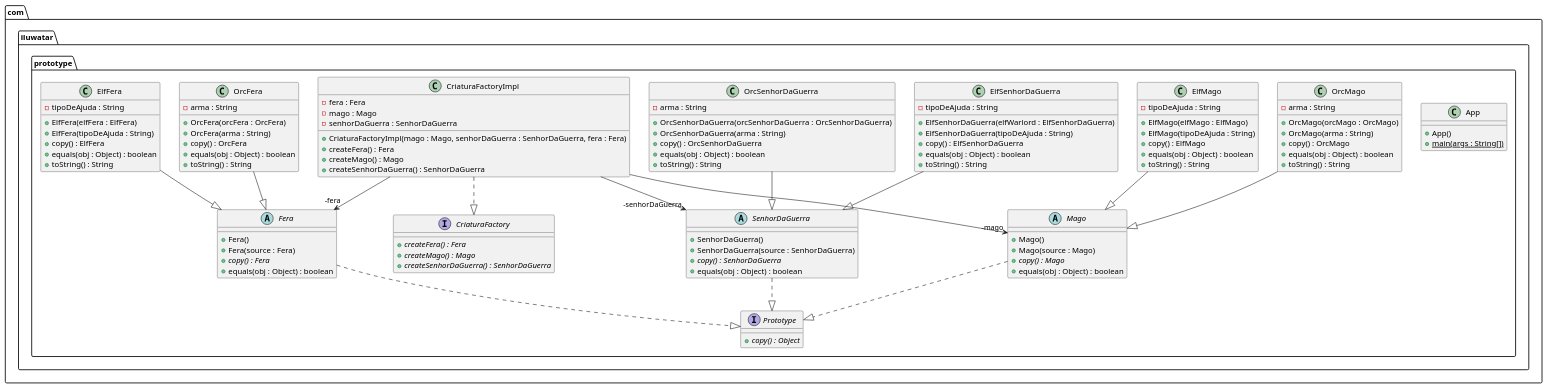
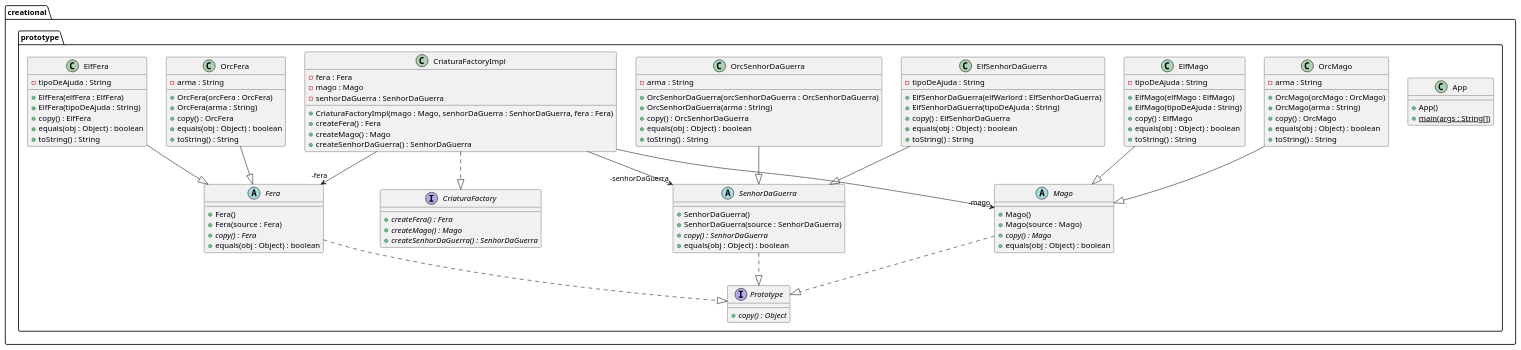
The diagram in src/creational/prototype/diagramas/Prototype.puml (jeanLuizInsight/design-patterns-java), drawn with PlantUML before and after one commit. The commit also changed 2 other files, not shown here.

Commit message:
Criação do diagrama de classes para implementação do padrão method factory.

```diff
--- a/src/creational/prototype/diagramas/Prototype.puml
+++ b/src/creational/prototype/diagramas/Prototype.puml
@@ -1,104 +1,104 @@
 @startuml
-package com.iluwatar.prototype {
+package creational.prototype {
   class App {
     + App()
     + main(args : String[]) {static}
   }
   interface Prototype {
     + copy() : Object {abstract}
   }
   abstract class Fera {
     + Fera()
     + Fera(source : Fera)
     + copy() : Fera {abstract}
     + equals(obj : Object) : boolean
   }
   abstract class Mago {
     + Mago()
     + Mago(source : Mago)
     + copy() : Mago {abstract}
     + equals(obj : Object) : boolean
   }
   abstract class SenhorDaGuerra {
     + SenhorDaGuerra()
     + SenhorDaGuerra(source : SenhorDaGuerra)
     + copy() : SenhorDaGuerra {abstract}
     + equals(obj : Object) : boolean
   }
   class ElfFera {
     - tipoDeAjuda : String
     + ElfFera(elfFera : ElfFera)
     + ElfFera(tipoDeAjuda : String)
     + copy() : ElfFera
     + equals(obj : Object) : boolean
     + toString() : String
   }
   class ElfMago {
     - tipoDeAjuda : String
     + ElfMago(elfMago : ElfMago)
     + ElfMago(tipoDeAjuda : String)
     + copy() : ElfMago
     + equals(obj : Object) : boolean
     + toString() : String
   }
   class ElfSenhorDaGuerra {
     - tipoDeAjuda : String
     + ElfSenhorDaGuerra(elfWarlord : ElfSenhorDaGuerra)
     + ElfSenhorDaGuerra(tipoDeAjuda : String)
     + copy() : ElfSenhorDaGuerra
     + equals(obj : Object) : boolean
     + toString() : String
   }
   class OrcFera {
     - arma : String
     + OrcFera(orcFera : OrcFera)
     + OrcFera(arma : String)
     + copy() : OrcFera
     + equals(obj : Object) : boolean
     + toString() : String
   }
   class OrcMago {
     - arma : String
     + OrcMago(orcMago : OrcMago)
     + OrcMago(arma : String)
     + copy() : OrcMago
     + equals(obj : Object) : boolean
     + toString() : String
   }
   class OrcSenhorDaGuerra {
     - arma : String
     + OrcSenhorDaGuerra(orcSenhorDaGuerra : OrcSenhorDaGuerra)
     + OrcSenhorDaGuerra(arma : String)
     + copy() : OrcSenhorDaGuerra
     + equals(obj : Object) : boolean
     + toString() : String
   }
   interface CriaturaFactory {
     + createFera() : Fera {abstract}
     + createMago() : Mago {abstract}
     + createSenhorDaGuerra() : SenhorDaGuerra {abstract}
   }
   class CriaturaFactoryImpl {
     - fera : Fera
     - mago : Mago
     - senhorDaGuerra : SenhorDaGuerra
     + CriaturaFactoryImpl(mago : Mago, senhorDaGuerra : SenhorDaGuerra, fera : Fera)
     + createFera() : Fera
     + createMago() : Mago
     + createSenhorDaGuerra() : SenhorDaGuerra
   }
 }
 CriaturaFactoryImpl -->  "-fera" Fera
 CriaturaFactoryImpl -->  "-senhorDaGuerra" SenhorDaGuerra
 CriaturaFactoryImpl -->  "-mago" Mago
 Fera ..|> Prototype 
 Mago ..|> Prototype 
 SenhorDaGuerra ..|> Prototype 
 ElfFera--|> Fera 
 ElfMago --|> Mago
 ElfSenhorDaGuerra --|> SenhorDaGuerra 
 CriaturaFactoryImpl ..|> CriaturaFactory 
 OrcFera --|> Fera 
 OrcMago --|> Mago 
 OrcSenhorDaGuerra --|> SenhorDaGuerra 
 @enduml
```
